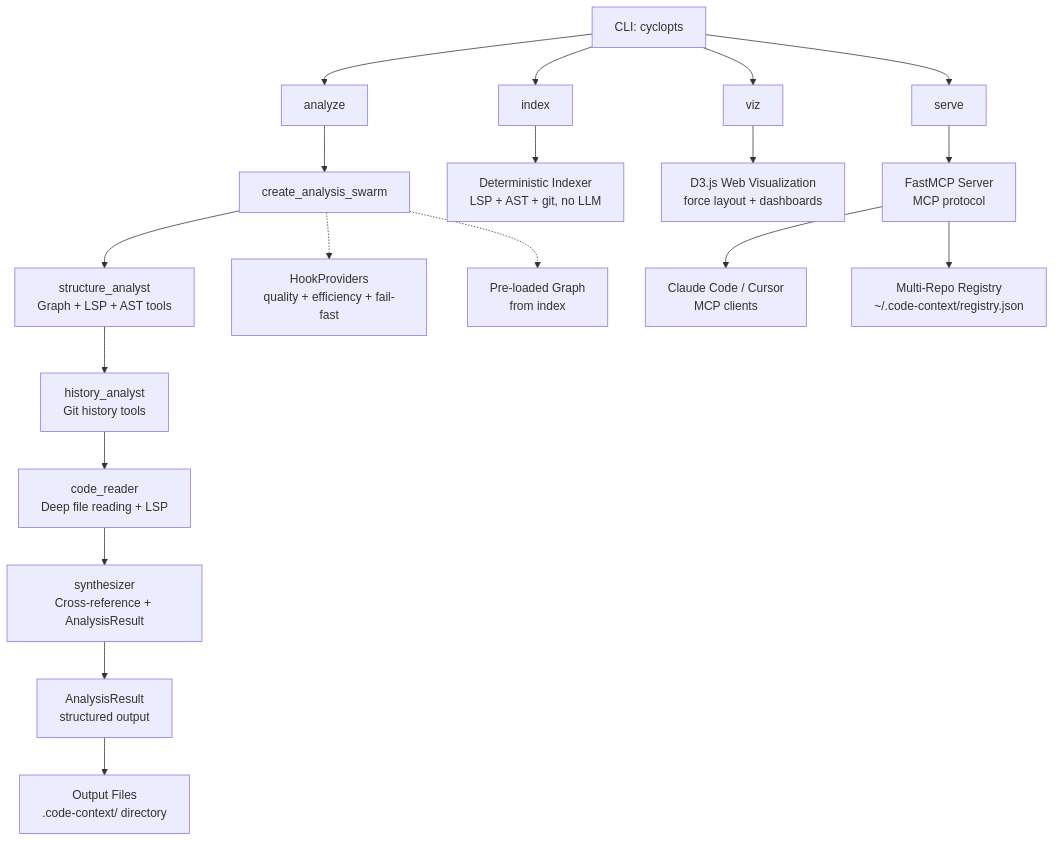
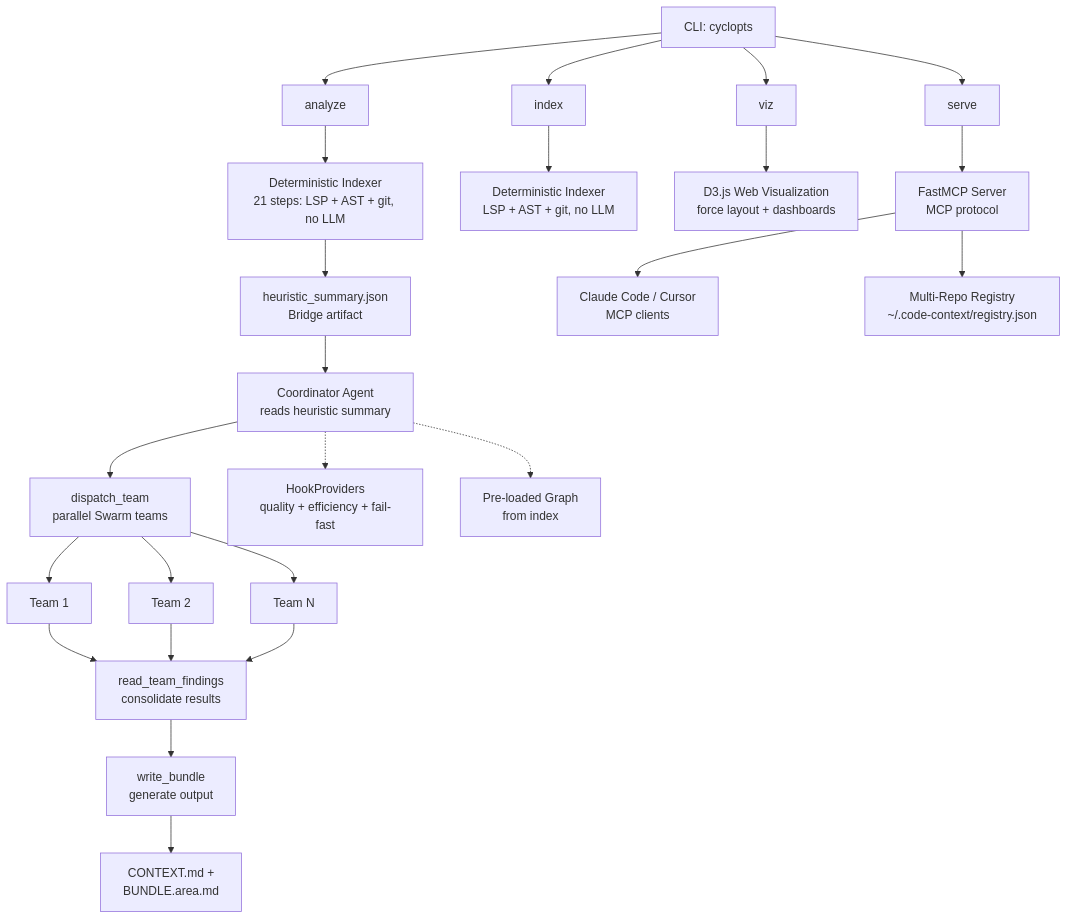
Before and after one commit to theagenticguy/code-context-agent: the diagram in README.md, drawn with Mermaid. The commit also changed other lines of this file and 3 other files, not shown here.

````diff
--- a/README.md
+++ b/README.md
@@ -81,21 +81,22 @@
 ```mermaid
 flowchart TD
     A[CLI: cyclopts] --> B1[analyze]
     A --> B2[index]
     A --> B3[viz]
     A --> B4[serve]
-    B1 --> SW[create_analysis_swarm]
+    B1 --> IX2[Deterministic Indexer<br/>21 steps: LSP + AST + git, no LLM]
+    IX2 --> HS[heuristic_summary.json<br/>Bridge artifact]
+    HS --> CO[Coordinator Agent<br/>reads heuristic summary]
+    CO --> DT[dispatch_team<br/>parallel Swarm teams]
+    DT --> T1[Team 1] & T2[Team 2] & TN[Team N]
+    T1 & T2 & TN --> RF[read_team_findings<br/>consolidate results]
+    RF --> WB[write_bundle<br/>generate output]
+    WB --> O[CONTEXT.md +<br/>BUNDLE.area.md]
     B2 --> IX[Deterministic Indexer<br/>LSP + AST + git, no LLM]
     B3 --> VZ[D3.js Web Visualization<br/>force layout + dashboards]
-    SW --> SA[structure_analyst<br/>Graph + LSP + AST tools]
-    SA --> HA[history_analyst<br/>Git history tools]
-    HA --> CR[code_reader<br/>Deep file reading + LSP]
-    CR --> SY[synthesizer<br/>Cross-reference + AnalysisResult]
-    SY --> G[AnalysisResult<br/>structured output]
-    G --> O[Output Files<br/>.code-context/ directory]
-    SW -.-> F[HookProviders<br/>quality + efficiency + fail-fast]
-    SW -.-> GP[Pre-loaded Graph<br/>from index]
+    CO -.-> F[HookProviders<br/>quality + efficiency + fail-fast]
+    CO -.-> GP[Pre-loaded Graph<br/>from index]
     B4 --> Q[FastMCP Server<br/>MCP protocol]
     Q --> R[Claude Code / Cursor<br/>MCP clients]
     Q --> REG[Multi-Repo Registry<br/>~/.code-context/registry.json]
 ```
````
